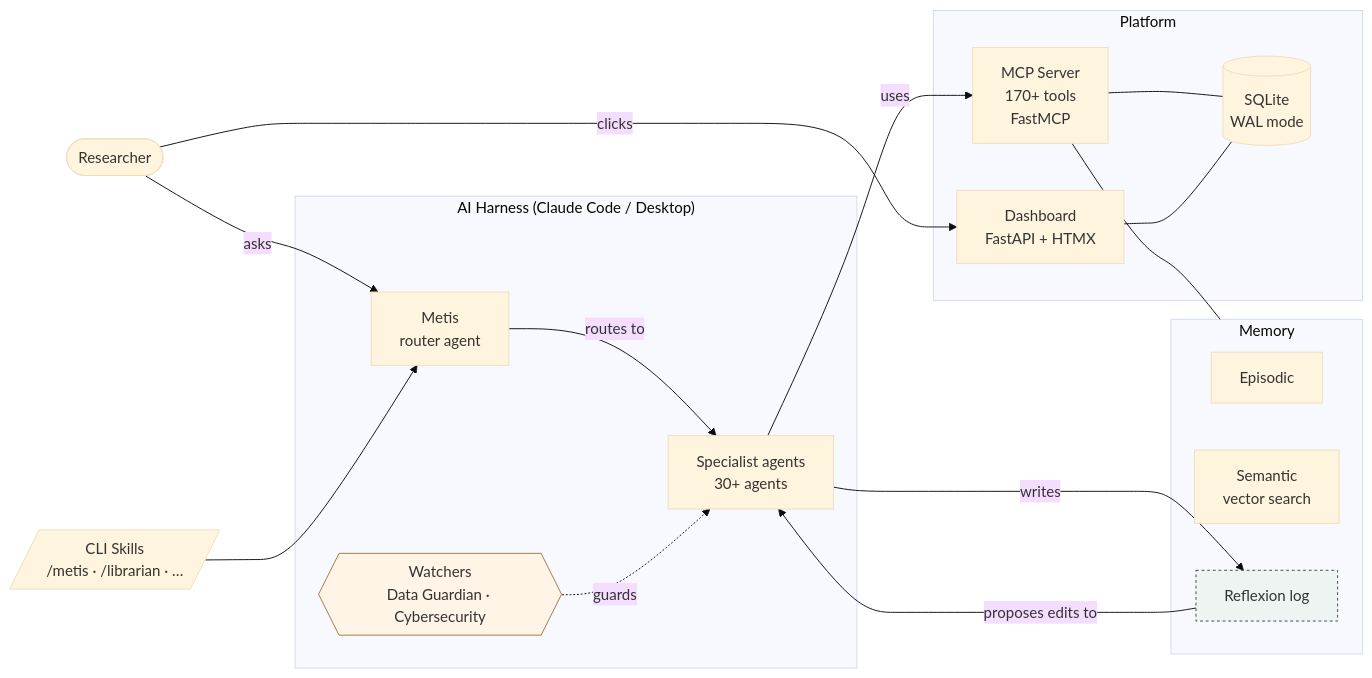
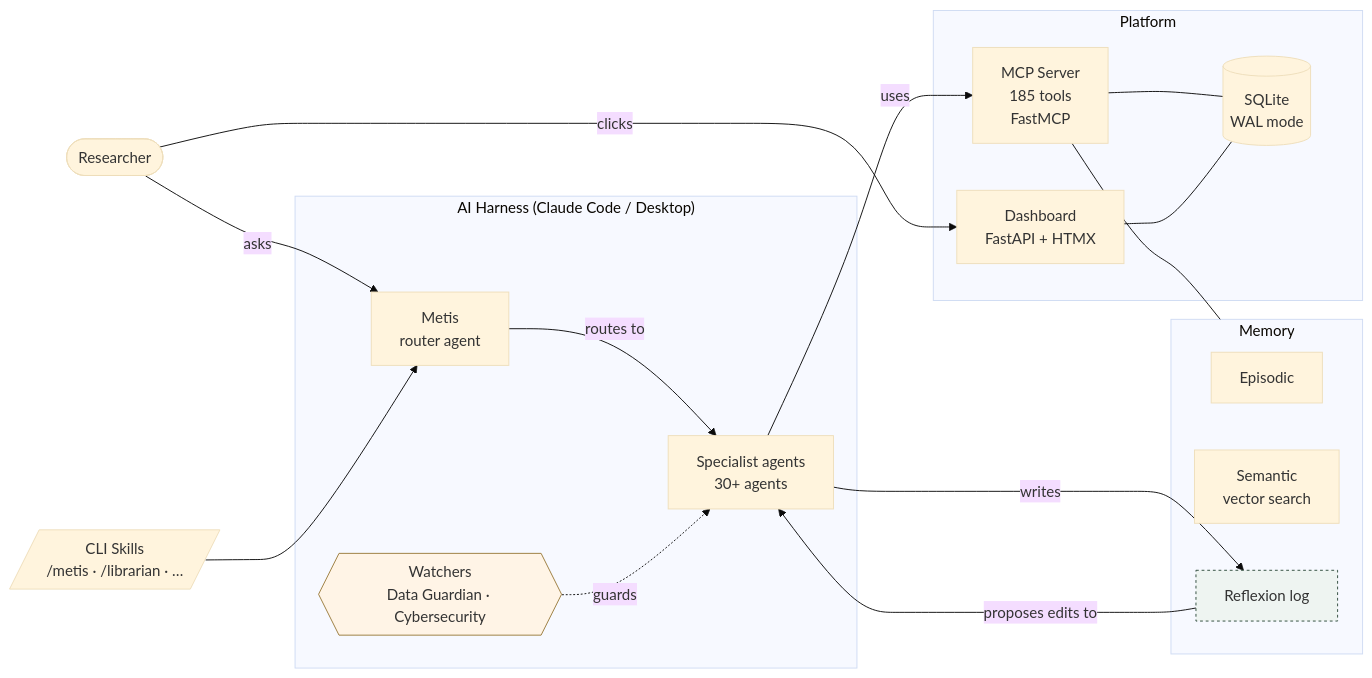
The diagram in README.md (SVerITG/Metis), drawn with Mermaid (base theme) before and after one commit. The commit also changed other lines of this file, not shown here.

First line of the commit message:
docs(readme): accuracy pass — 10 tabs, 185 tools, 65 tables, demo section, changelog

````diff
--- a/README.md
+++ b/README.md
@@ -437,35 +437,35 @@
 ```mermaid
 flowchart LR
     U([Researcher])
     subgraph Harness["AI Harness (Claude Code / Desktop)"]
         METIS[Metis\nrouter agent]
         AGENTS[Specialist agents\n30+ agents]
         WATCHERS{{Watchers\nData Guardian · Cybersecurity}}
     end
     subgraph Platform
-        MCP[MCP Server\n170+ tools\nFastMCP]
+        MCP[MCP Server\n185 tools\nFastMCP]
         DASH[Dashboard\nFastAPI + HTMX]
         DB[(SQLite\nWAL mode)]
     end
     subgraph Memory
         EPIS[Episodic]
         SEM[Semantic\nvector search]
         REFLEX[Reflexion log]
     end
     Skills[/CLI Skills\n/metis · /librarian · …/]
 
     U -->|asks| METIS
     U -->|clicks| DASH
     METIS -->|routes to| AGENTS
     AGENTS -->|uses| MCP
     MCP --- DB
     DASH --- DB
     WATCHERS -.guards.-> AGENTS
     AGENTS -->|writes| REFLEX
     REFLEX -->|proposes edits to| AGENTS
     MCP --- Memory
     Skills --> METIS
 
     style WATCHERS fill:#fff4e6,stroke:#9a7b3c
     style REFLEX fill:#eef4f1,stroke:#2d4a3a,stroke-dasharray:3 3
 ```
````
